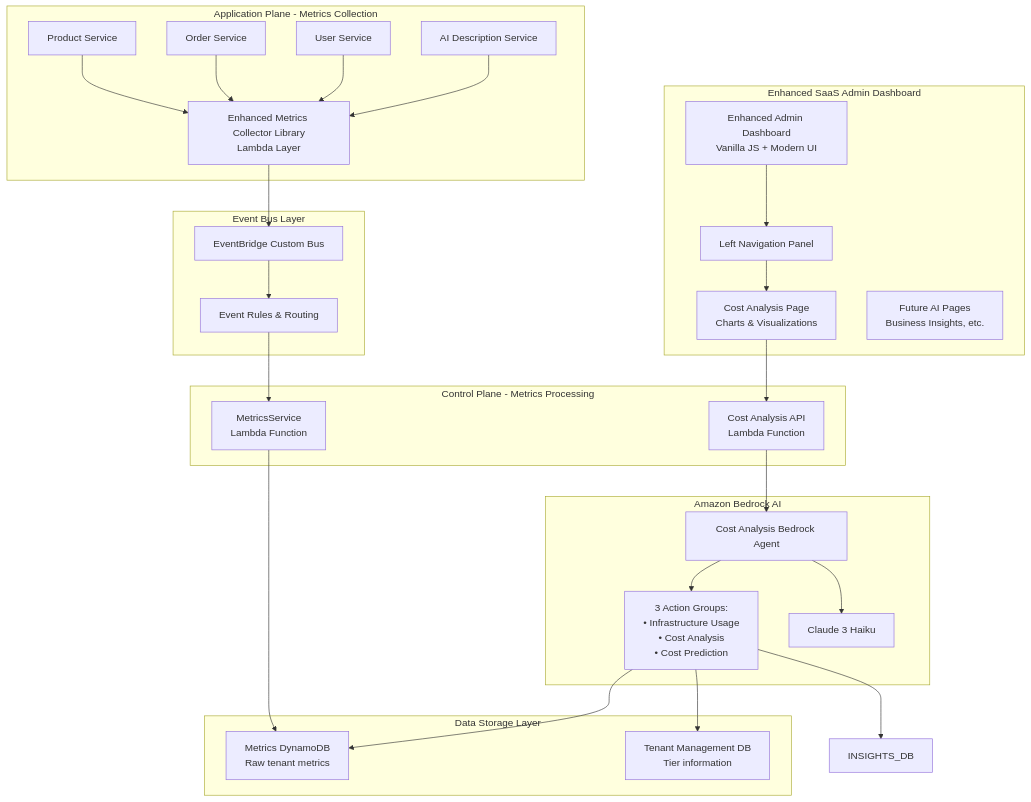
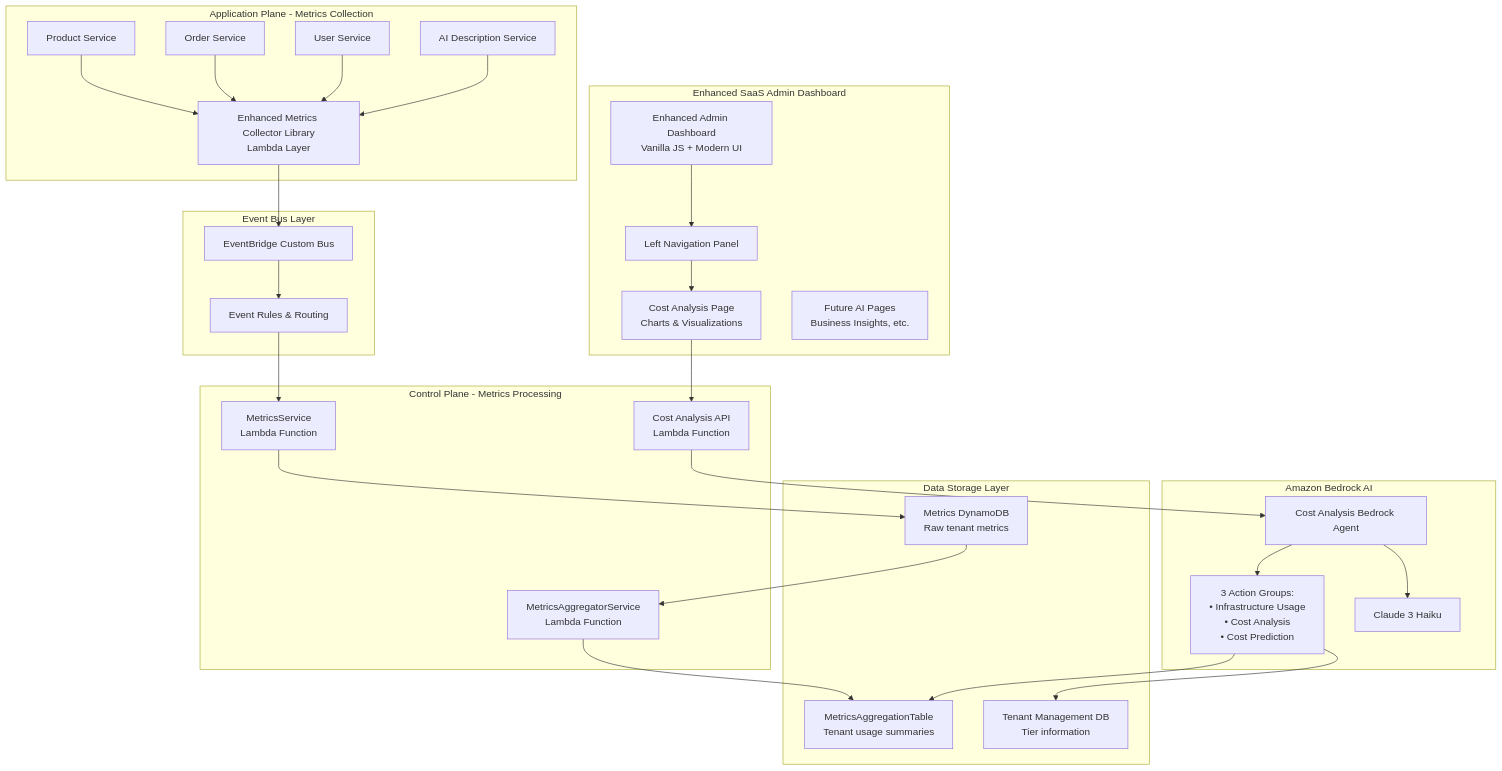
The first of 2 diagrams in .kiro/specs/agentic-insights-saas/metering-framework-with-ai-cost-analysis/design.md (aws-samples/sample-saas-agentic-insights), drawn with Mermaid before and after one commit. The commit also changed other lines of this file and 2 other files, not shown here.

Commit message:
updated the metering specs with MetricsAggrigatorservice/db

````diff
--- a/.kiro/specs/agentic-insights-saas/metering-framework-with-ai-cost-analysis/design.md
+++ b/.kiro/specs/agentic-insights-saas/metering-framework-with-ai-cost-analysis/design.md
@@ -11,61 +11,64 @@
 ```mermaid
 graph TB
     subgraph "Application Plane - Metrics Collection"
         PROD[Product Service]
         ORDER[Order Service]
         USER[User Service]
         AI_DESC[AI Description Service]
         METRICS_LIB[Enhanced Metrics Collector Library<br/>Lambda Layer]
     end
     
     subgraph "Event Bus Layer"
         EB[EventBridge Custom Bus]
         RULES[Event Rules & Routing]
     end
     
     subgraph "Control Plane - Metrics Processing"
         METRICS_SVC[MetricsService<br/>Lambda Function]
+        METRICS_AGG[MetricsAggregatorService<br/>Lambda Function]
         COST_API[Cost Analysis API<br/>Lambda Function]
     end
     
     subgraph "Amazon Bedrock AI"
         BEDROCK_AGENT[Cost Analysis Bedrock Agent]
         ACTION_GROUPS[3 Action Groups:<br/>• Infrastructure Usage<br/>• Cost Analysis<br/>• Cost Prediction]
         CLAUDE_HAIKU[Claude 3 Haiku]
     end
     
     subgraph "Data Storage Layer"
         METRICS_DB[Metrics DynamoDB<br/>Raw tenant metrics]
+        METRICS_AGG_DB[MetricsAggregationTable<br/>Tenant usage summaries]
         TENANT_DB[Tenant Management DB<br/>Tier information]
     end
     
     subgraph "Enhanced SaaS Admin Dashboard"
         ADMIN_DASH[Enhanced Admin Dashboard<br/>Vanilla JS + Modern UI]
         NAV[Left Navigation Panel]
         COST_PAGE[Cost Analysis Page<br/>Charts & Visualizations]
         FUTURE_PAGES[Future AI Pages<br/>Business Insights, etc.]
     end
     
     PROD --> METRICS_LIB
     ORDER --> METRICS_LIB
     USER --> METRICS_LIB
     AI_DESC --> METRICS_LIB
     
     METRICS_LIB --> EB
     EB --> RULES
     RULES --> METRICS_SVC
     
     METRICS_SVC --> METRICS_DB
+    METRICS_DB --> METRICS_AGG
+    METRICS_AGG --> METRICS_AGG_DB
     
     ADMIN_DASH --> NAV
     NAV --> COST_PAGE
     COST_PAGE --> COST_API
     
     COST_API --> BEDROCK_AGENT
     BEDROCK_AGENT --> ACTION_GROUPS
-    ACTION_GROUPS --> METRICS_DB
-    ACTION_GROUPS --> INSIGHTS_DB
+    ACTION_GROUPS --> METRICS_AGG_DB
     ACTION_GROUPS --> TENANT_DB
     
     BEDROCK_AGENT --> CLAUDE_HAIKU
 ```
````
